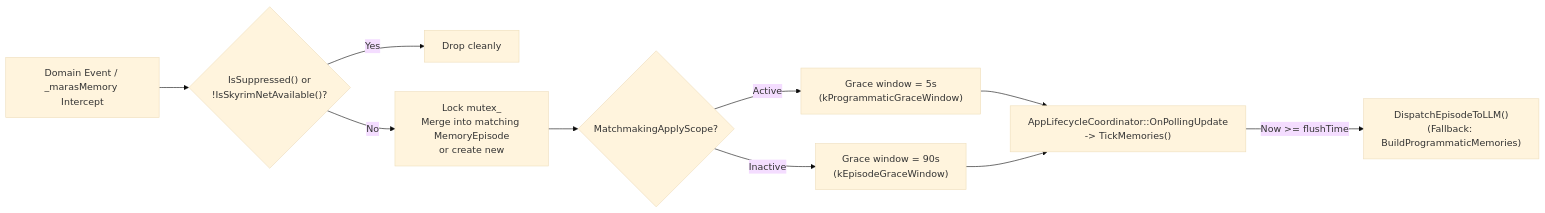
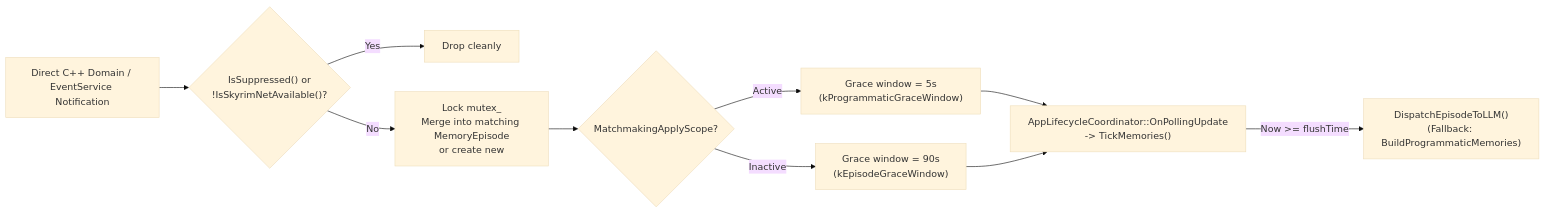
The diagram in docs/modder/services/SkyrimNetMemoryService.md (tetherball88/maras), drawn with Mermaid (base theme) before and after one commit. The commit also changed other lines of this file and 215 other files, not shown here.

````diff
--- a/docs/modder/services/SkyrimNetMemoryService.md
+++ b/docs/modder/services/SkyrimNetMemoryService.md
@@ -20,11 +20,11 @@
 ```mermaid
 flowchart LR
-    EVT["Domain Event / _marasMemory Intercept"] --> SUP{"IsSuppressed() or\n!IsSkyrimNetAvailable()?"}
+    EVT["Direct C++ Domain / EventService Notification"] --> SUP{"IsSuppressed() or\n!IsSkyrimNetAvailable()?"}
     SUP -- "Yes" --> DROP["Drop cleanly"]
     SUP -- "No" --> MERGE["Lock mutex_\nMerge into matching MemoryEpisode\nor create new"]
     MERGE --> WIN{"MatchmakingApplyScope?"}
     WIN -- "Active" --> W5["Grace window = 5s\n(kProgrammaticGraceWindow)"]
     WIN -- "Inactive" --> W90["Grace window = 90s\n(kEpisodeGraceWindow)"]
     W5 & W90 --> TICK["AppLifecycleCoordinator::OnPollingUpdate\n-> TickMemories()"]
     TICK -->|"Now >= flushTime"| LLM["DispatchEpisodeToLLM()\n(Fallback: BuildProgrammaticMemories)"]
 ```
````
